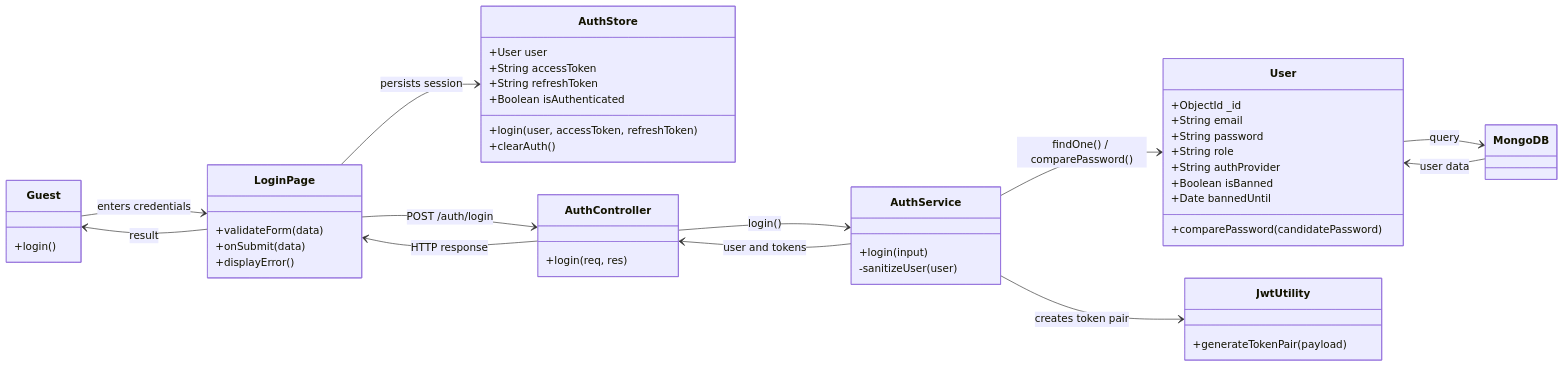
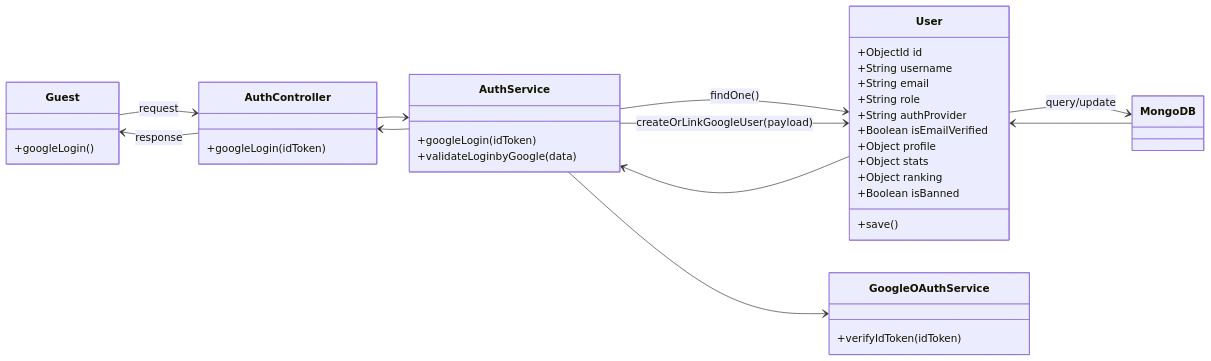
Before and after one commit to SUMMER2026SE/wdp301-rbl-project-wdp_se18d08_group-5: the fifth of 60 diagrams in docs/19_Detailed_Design.md, drawn with Mermaid. The commit also changed other lines of this file, not shown here.

````diff
--- a/docs/19_Detailed_Design.md
+++ b/docs/19_Detailed_Design.md
@@ -220,61 +384,48 @@
 ```mermaid
 classDiagram
 direction LR
 
 class Guest {
-    +login()
-}
-
-class LoginPage {
-    +validateForm(data)
-    +onSubmit(data)
-    +displayError()
-}
-
-class AuthStore {
-    +User user
-    +String accessToken
-    +String refreshToken
-    +Boolean isAuthenticated
-    +login(user, accessToken, refreshToken)
-    +clearAuth()
+    +googleLogin()
 }
 
 class AuthController {
-    +login(req, res)
+    +googleLogin(idToken)
 }
 
 class AuthService {
-    +login(input)
-    -sanitizeUser(user)
+    +googleLogin(idToken)
+    +validateLoginbyGoogle(data)
 }
 
 class User {
-    +ObjectId _id
+    +ObjectId id
+    +String username
     +String email
-    +String password
     +String role
     +String authProvider
+    +Boolean isEmailVerified
+    +Object profile
+    +Object stats
+    +Object ranking
     +Boolean isBanned
-    +Date bannedUntil
-    +comparePassword(candidatePassword)
+    +save()
 }
 
-class JwtUtility {
-    +generateTokenPair(payload)
+class GoogleOAuthService {
+    +verifyIdToken(idToken)
 }
 
 class MongoDB
 
-Guest --> LoginPage : enters credentials
-LoginPage --> AuthController : POST /auth/login
-AuthController --> AuthService : login()
-AuthService --> User : findOne() / comparePassword()
-User --> MongoDB : query
-MongoDB --> User : user data
-AuthService --> JwtUtility : creates token pair
-AuthService --> AuthController : user and tokens
-AuthController --> LoginPage : HTTP response
-LoginPage --> AuthStore : persists session
-LoginPage --> Guest : result
+Guest --> AuthController : request
+AuthController --> AuthService
+AuthService --> User : findOne()
+AuthService --> User : createOrLinkGoogleUser(payload)
+User --> MongoDB : query/update
+MongoDB --> User
+User --> AuthService
+AuthService --> GoogleOAuthService
+AuthService --> AuthController
+AuthController --> Guest : response
 ```
````
